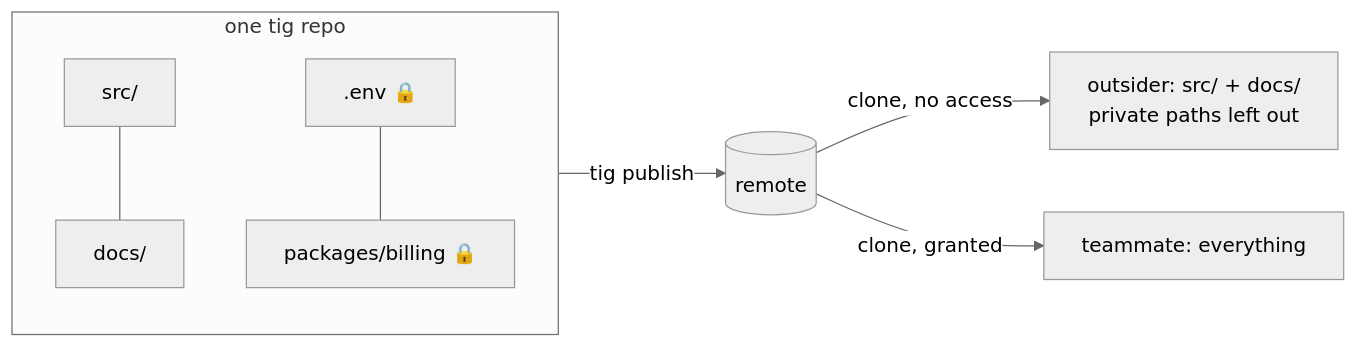
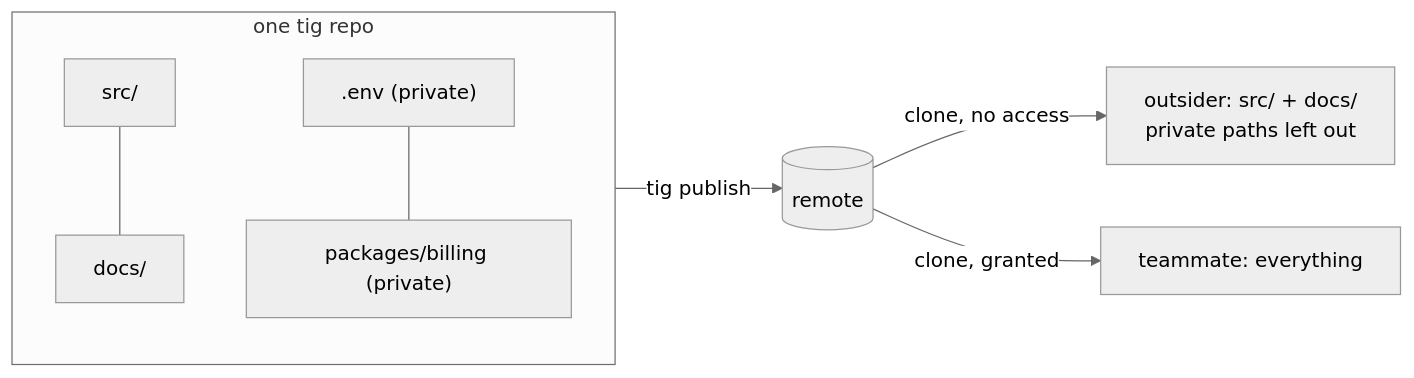
One commit to Pratz1337/tig changed the first of 3 diagrams in README.md. Above: the diagram before and after it, drawn with Mermaid (neutral theme). The commit also changed other lines of this file, not shown here.

````diff
--- a/README.md
+++ b/README.md
@@ -23,10 +23,10 @@
 ```mermaid
 flowchart LR
     subgraph Repo["one tig repo"]
         A[src/] --- B[docs/]
-        C[".env 🔒"] --- D["packages/billing 🔒"]
+        C[".env (private)"] --- D["packages/billing (private)"]
     end
     Repo -->|tig publish| R[(remote)]
     R -->|clone, no access| O["outsider: src/ + docs/<br/>private paths left out"]
     R -->|clone, granted| T["teammate: everything"]
 ```
````
